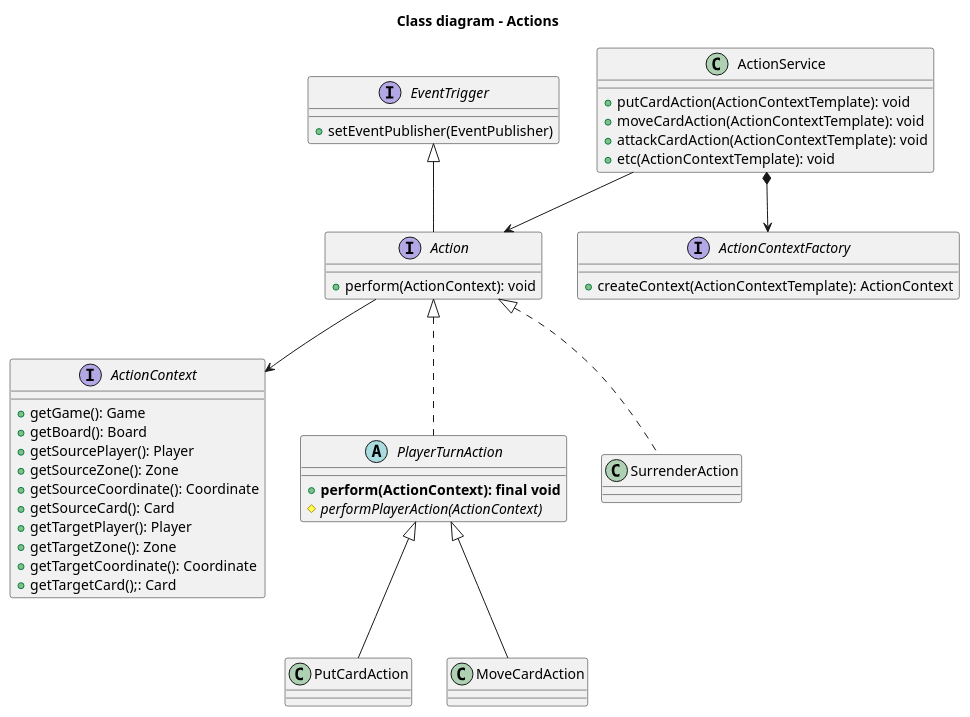
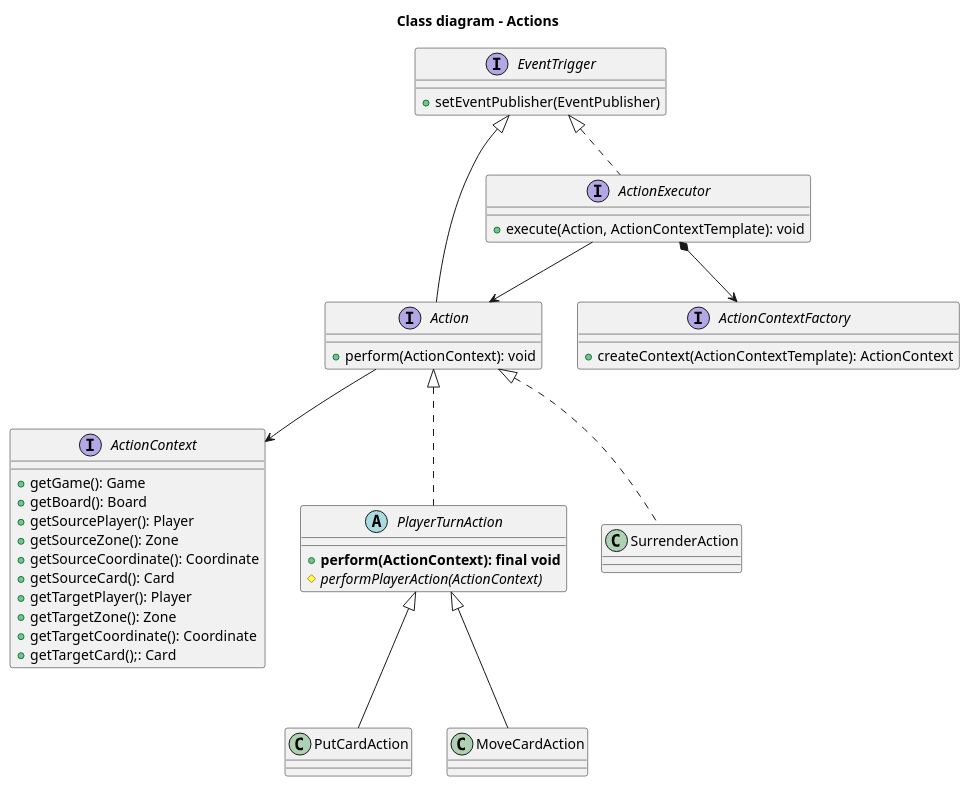
The diagram in docs/development/backend/diagrams/class_diagram-actions.plantuml (DainWs/Crazy-Random-Multiverse), drawn with PlantUML before and after one commit. The commit also changed 7 other files, not shown here.

Commit message:
Documentation: UML diagrams changes

```diff
--- a/docs/development/backend/diagrams/class_diagram-actions.plantuml
+++ b/docs/development/backend/diagrams/class_diagram-actions.plantuml
@@ -1,49 +1,48 @@
 @startuml	
 title "Class diagram - Actions"
 
 interface EventTrigger {
  +setEventPublisher(EventPublisher)
 }
 
 interface ActionContext {
  +getGame(): Game
  +getBoard(): Board
  +getSourcePlayer(): Player
  +getSourceZone(): Zone
  +getSourceCoordinate(): Coordinate
  +getSourceCard(): Card
  +getTargetPlayer(): Player
  +getTargetZone(): Zone
  +getTargetCoordinate(): Coordinate
  +getTargetCard();: Card
 }
 
 interface Action extends EventTrigger {
  +perform(ActionContext): void
 }
 
 interface ActionContextFactory {
  +createContext(ActionContextTemplate): ActionContext
 }
 
-class ActionService {
- +putCardAction(ActionContextTemplate): void
- +moveCardAction(ActionContextTemplate): void
- +attackCardAction(ActionContextTemplate): void
- +etc(ActionContextTemplate): void
+interface ActionExecutor {
+ +execute(Action, ActionContextTemplate): void
 }
 
 abstract class PlayerTurnAction {
  +<b>perform(ActionContext): final void</b>
  #{abstract} performPlayerAction(ActionContext)
 }
 
-ActionService *--> ActionContextFactory
-ActionService --> Action
+EventTrigger <|.. ActionExecutor
+
+ActionExecutor *--> ActionContextFactory
+ActionExecutor --> Action
 Action --> ActionContext
 
 Action <|.. SurrenderAction
 Action <|.. PlayerTurnAction
 PlayerTurnAction <|-- PutCardAction
 PlayerTurnAction <|-- MoveCardAction
 @enduml
```
